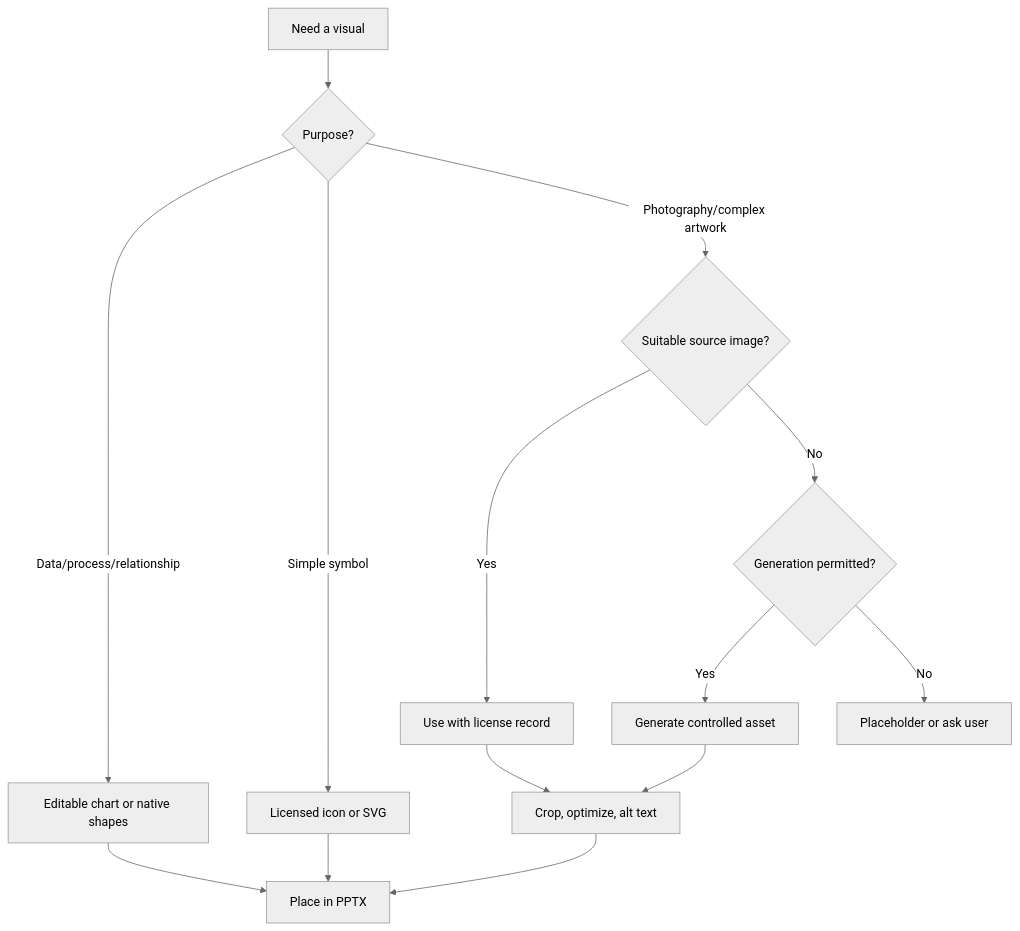
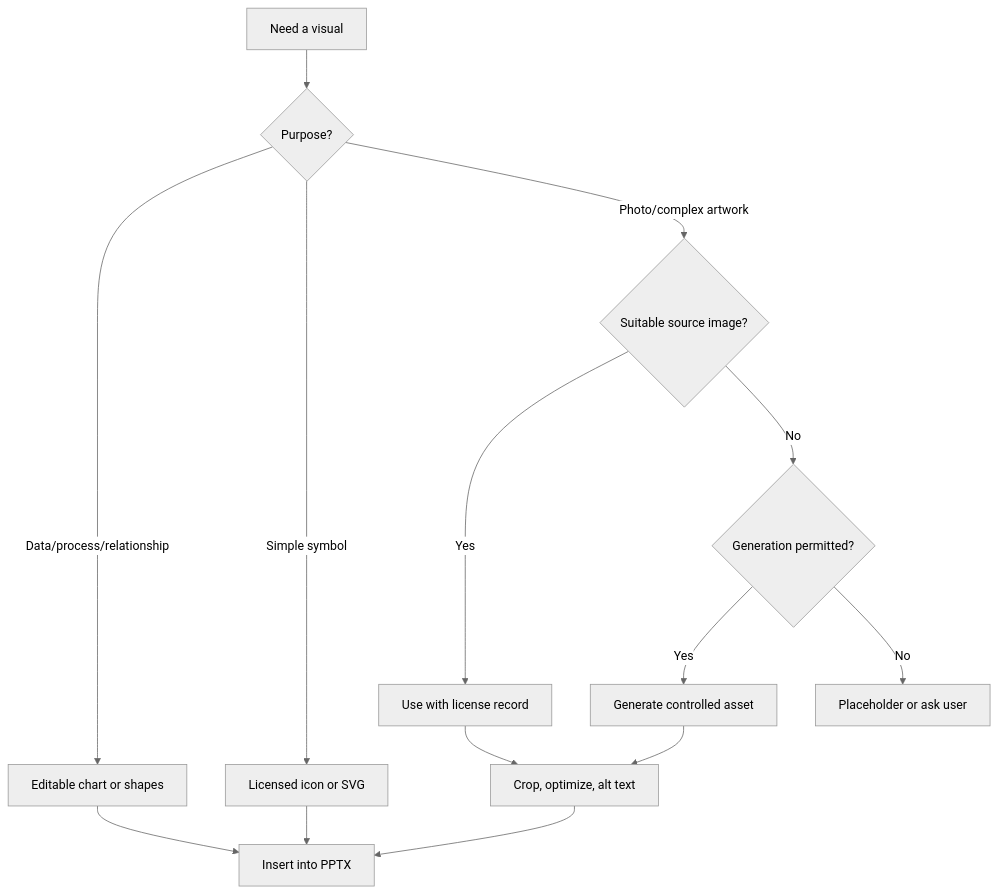
The diagram in research/06-image-generation/README.md (ranjiths112007/Legent-Level-PPT-skills), drawn with Mermaid (neutral theme) before and after one commit. The commit also changed other lines of this file, not shown here.

Commit message:
Expand presentation research: research/06-image-generation/README.md

````diff
--- a/research/06-image-generation/README.md
+++ b/research/06-image-generation/README.md
@@ -13,16 +9,16 @@
 ```mermaid
 flowchart TD
-  A[Need a visual] --> B{Purpose?}
-  B -->|Data/process/relationship| C[Editable chart or native shapes]
-  B -->|Simple symbol| D[Licensed icon or SVG]
-  B -->|Photography/complex artwork| E{Suitable source image?}
-  E -->|Yes| F[Use with license record]
-  E -->|No| G{Generation permitted?}
-  G -->|Yes| H[Generate controlled asset]
-  G -->|No| I[Placeholder or ask user]
-  F --> J[Crop, optimize, alt text]
-  H --> J
-  C --> K[Place in PPTX]
-  D --> K
-  J --> K
+ A[Need a visual] --> B{Purpose?}
+ B -->|Data/process/relationship| C[Editable chart or shapes]
+ B -->|Simple symbol| D[Licensed icon or SVG]
+ B -->|Photo/complex artwork| E{Suitable source image?}
+ E -->|Yes| F[Use with license record]
+ E -->|No| G{Generation permitted?}
+ G -->|Yes| H[Generate controlled asset]
+ G -->|No| I[Placeholder or ask user]
+ F --> J[Crop, optimize, alt text]
+ H --> J
+ C --> K[Insert into PPTX]
+ D --> K
+ J --> K
 ```
````
